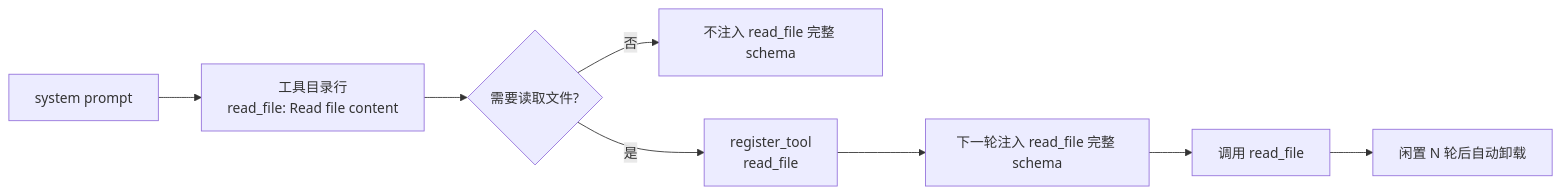
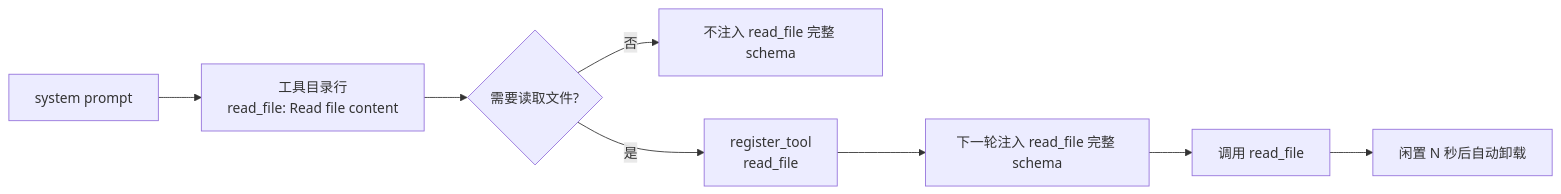
One commit to Micro-Mood/Orion changed the first of 2 diagrams in README_CN.md. Above: the diagram before and after it, drawn with Mermaid. The commit also changed other lines of this file and 16 other files, not shown here.

````diff
--- a/README_CN.md
+++ b/README_CN.md
@@ -107,10 +107,10 @@
 ```mermaid
 flowchart LR
     A[system prompt] --> B[工具目录行<br/>read_file: Read file content]
     B --> C{需要读取文件?}
     C -- 否 --> D[不注入 read_file 完整 schema]
     C -- 是 --> E[register_tool<br/>read_file]
     E --> F[下一轮注入 read_file 完整 schema]
     F --> G[调用 read_file]
-    G --> H[闲置 N 轮后自动卸载]
+    G --> H[闲置 N 秒后自动卸载]
 ```
````
